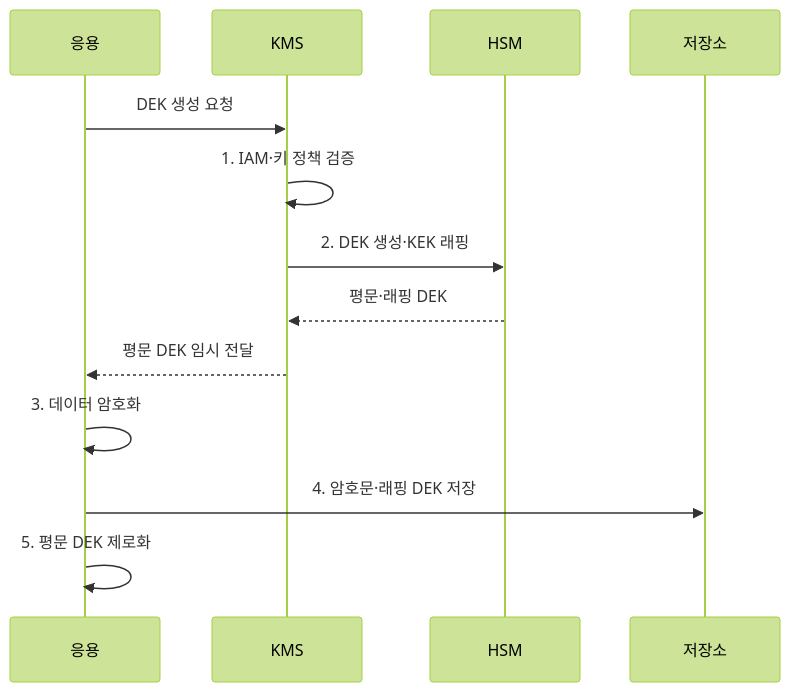
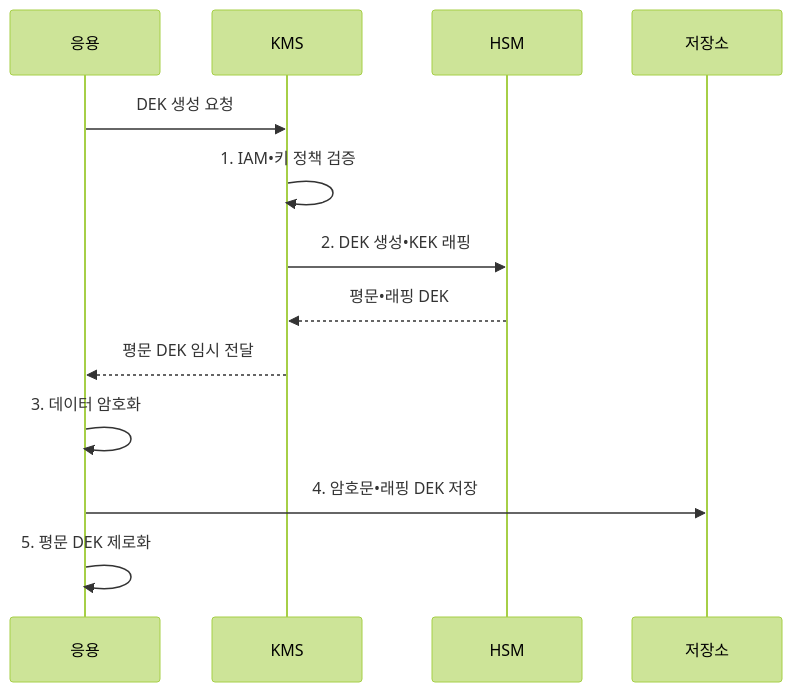
Before and after one commit to agnusdei1207/knowledge-base: the second of 2 diagrams in src/content/docs/notes/05-security/020_key_management_hsm_kms.md, drawn with Mermaid (forest theme). The commit also changed other lines of this file and 953 other files, not shown here.

````diff
--- a/src/content/docs/notes/05-security/020_key_management_hsm_kms.md
+++ b/src/content/docs/notes/05-security/020_key_management_hsm_kms.md
@@ -101,15 +101,15 @@
 ```mermaid
 sequenceDiagram
     participant A as 응용
     participant K as KMS
     participant H as HSM
     participant S as 저장소
     A->>K: DEK 생성 요청
-    K->>K: 1. IAM·키 정책 검증
-    K->>H: 2. DEK 생성·KEK 래핑
-    H-->>K: 평문·래핑 DEK
+    K->>K: 1. IAM•키 정책 검증
+    K->>H: 2. DEK 생성•KEK 래핑
+    H-->>K: 평문•래핑 DEK
     K-->>A: 평문 DEK 임시 전달
     A->>A: 3. 데이터 암호화
-    A->>S: 4. 암호문·래핑 DEK 저장
+    A->>S: 4. 암호문•래핑 DEK 저장
     A->>A: 5. 평문 DEK 제로화
 ```
````
